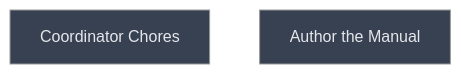
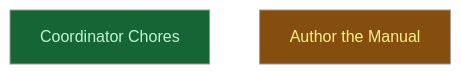
Before and after one commit to CrackingShells/cracking-shells-playbook: the diagram in __roadmap__/writing-release-rework/README.md, drawn with Mermaid (neutral theme). The commit also changed other lines of this file and 1 other file, not shown here.

Commit message:
chore(roadmap): mark the chores done and the author level in progress

````diff
--- a/__roadmap__/writing-release-rework/README.md
+++ b/__roadmap__/writing-release-rework/README.md
@@ -79,10 +79,10 @@
 ```mermaid
 graph TD
-    chores[Coordinator Chores]:::planned
-    author[Author the Manual]:::planned
+    chores[Coordinator Chores]:::done
+    author[Author the Manual]:::inprogress
     classDef done       fill:#166534,color:#bbf7d0
     classDef inprogress fill:#854d0e,color:#fef08a
     classDef planned    fill:#374151,color:#e5e7eb
     classDef amendment  fill:#1e3a5f,color:#bfdbfe
     classDef blocked    fill:#7f1d1d,color:#fecaca
 ```
````
